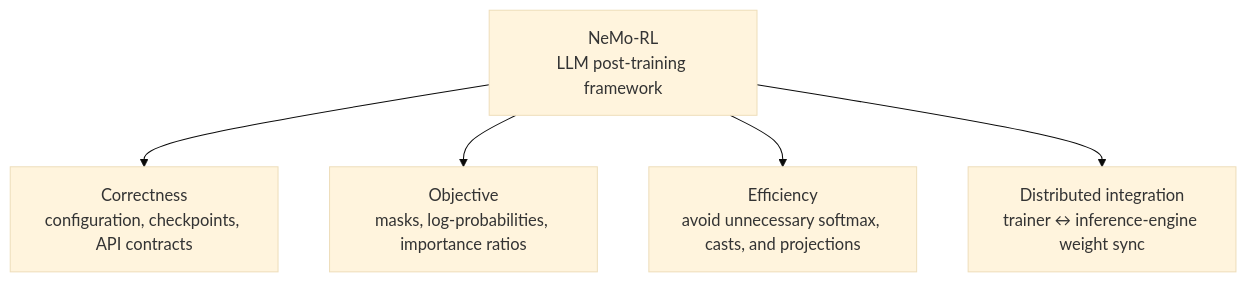
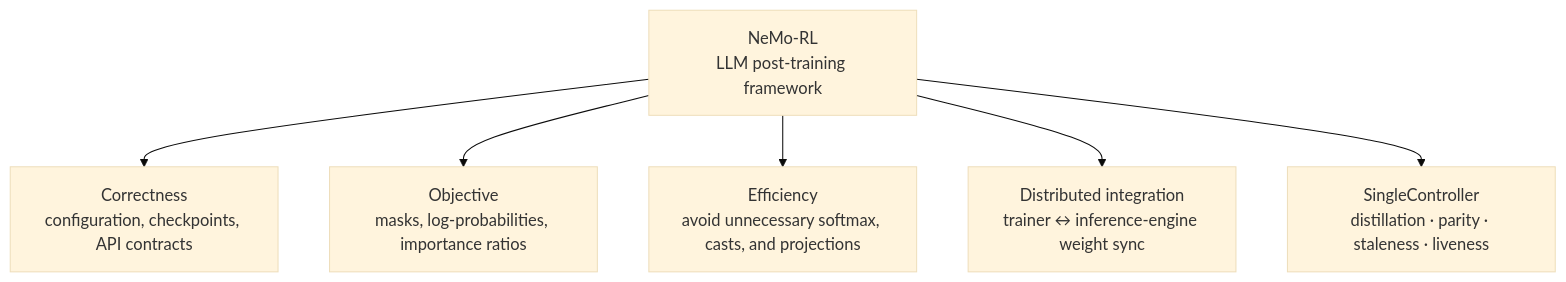
Before and after one commit to tianyi-zhang-02/cooking-agi: the second of 2 diagrams in open-source/README.en.md, drawn with Mermaid (base theme). The commit also changed other lines of this file and 89 other files, not shown here.

````diff
--- a/open-source/README.en.md
+++ b/open-source/README.en.md
@@ -30,8 +32,9 @@
 ```mermaid
 flowchart TB
     A["NeMo-RL<br/>LLM post-training framework"]
     A --> B["Correctness<br/>configuration, checkpoints, API contracts"]
     A --> C["Objective<br/>masks, log-probabilities, importance ratios"]
     A --> D["Efficiency<br/>avoid unnecessary softmax, casts, and projections"]
     A --> E["Distributed integration<br/>trainer ↔ inference-engine weight sync"]
+    A --> F["SingleController<br/>distillation · parity · staleness · liveness"]
 ```
````
